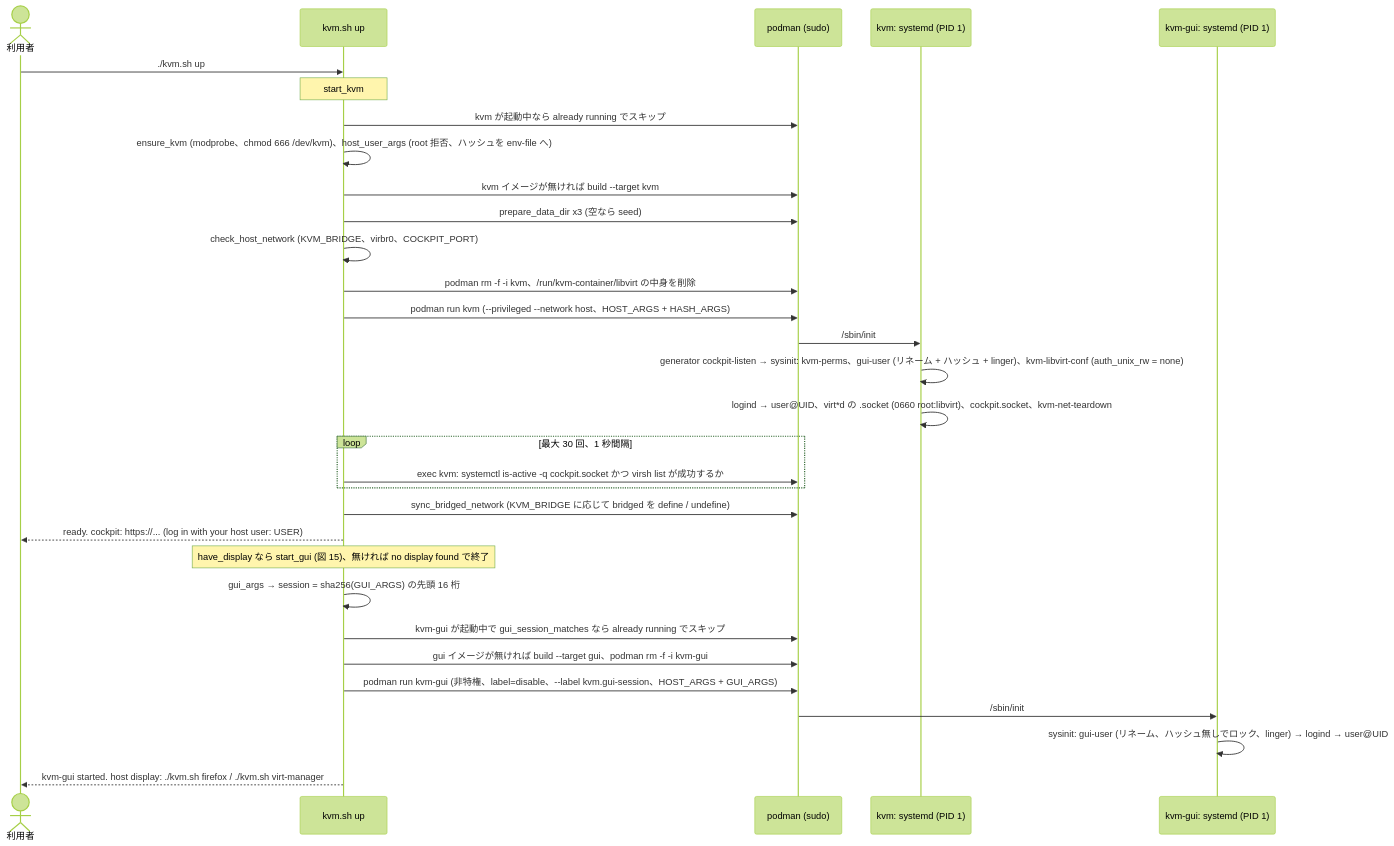
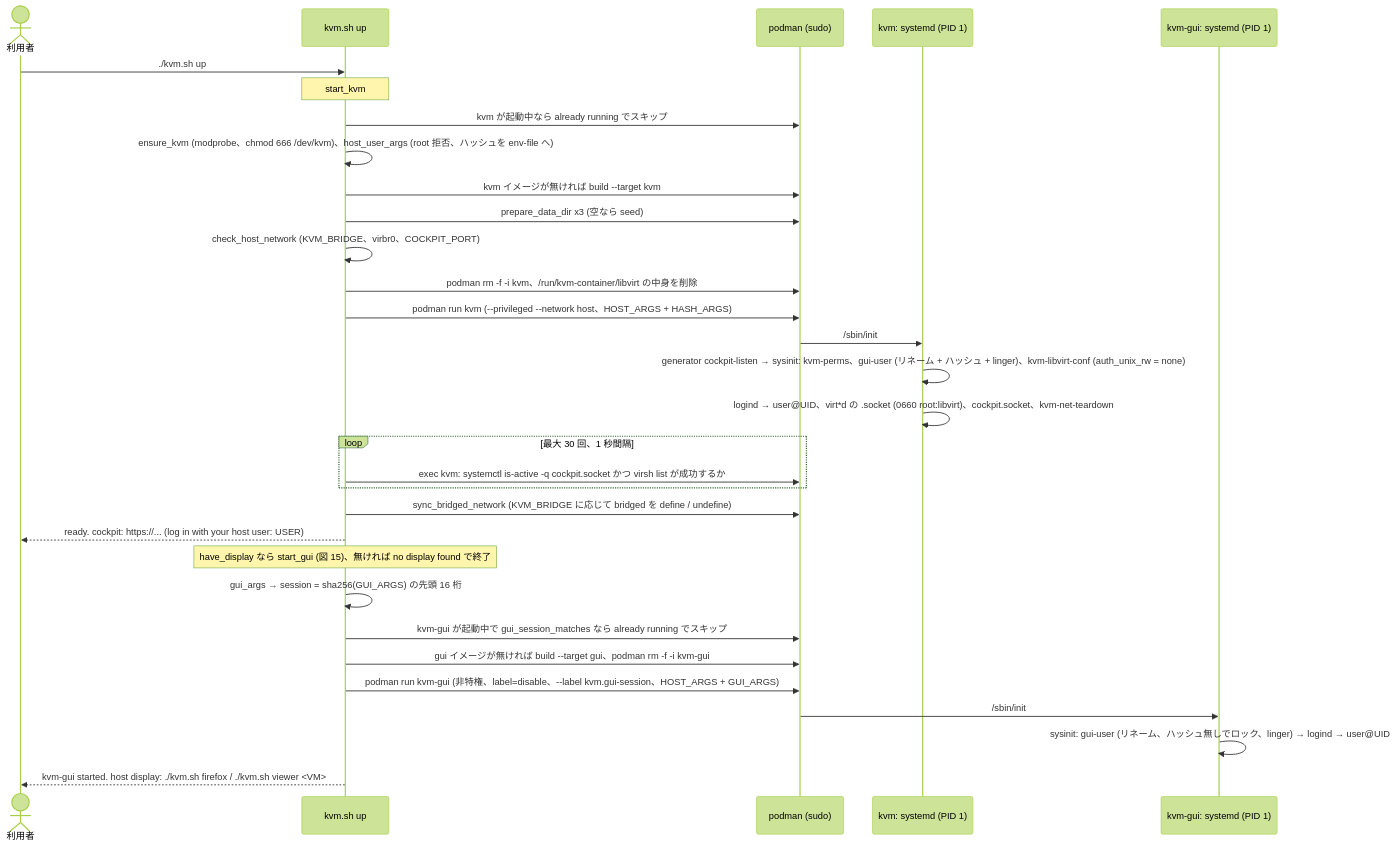
Diagram 14 of 22 in docs/SPEC.md (ryo-aoki-pc/kvm-container), drawn with Mermaid (forest theme) before and after one commit. The commit also changed other lines of this file and 6 other files, not shown here.

First line of the commit message:
virt-manager を削除する (#24)

````diff
--- a/docs/SPEC.md
+++ b/docs/SPEC.md
@@ -740,33 +735,33 @@
 ```mermaid
 sequenceDiagram
   actor U as 利用者
   participant K as kvm.sh up
   participant P as podman (sudo)
   participant S as kvm: systemd (PID 1)
   participant G as kvm-gui: systemd (PID 1)
   U->>K: ./kvm.sh up
   Note over K: start_kvm
   K->>P: kvm が起動中なら already running でスキップ
   K->>K: ensure_kvm (modprobe、chmod 666 /dev/kvm)、host_user_args (root 拒否、ハッシュを env-file へ)
   K->>P: kvm イメージが無ければ build --target kvm
   K->>P: prepare_data_dir x3 (空なら seed)
   K->>K: check_host_network (KVM_BRIDGE、virbr0、COCKPIT_PORT)
   K->>P: podman rm -f -i kvm、/run/kvm-container/libvirt の中身を削除
   K->>P: podman run kvm (--privileged --network host、HOST_ARGS + HASH_ARGS)
   P->>S: /sbin/init
   S->>S: generator cockpit-listen → sysinit: kvm-perms、gui-user (リネーム + ハッシュ + linger)、kvm-libvirt-conf (auth_unix_rw = none)
   S->>S: logind → user@UID、virt*d の .socket (0660 root:libvirt)、cockpit.socket、kvm-net-teardown
   loop 最大 30 回、1 秒間隔
     K->>P: exec kvm: systemctl is-active -q cockpit.socket かつ virsh list が成功するか
   end
   K->>P: sync_bridged_network (KVM_BRIDGE に応じて bridged を define / undefine)
   K-->>U: ready. cockpit: https://... (log in with your host user: USER)
   Note over K: have_display なら start_gui (図 15)、無ければ no display found で終了
   K->>K: gui_args → session = sha256(GUI_ARGS) の先頭 16 桁
   K->>P: kvm-gui が起動中で gui_session_matches なら already running でスキップ
   K->>P: gui イメージが無ければ build --target gui、podman rm -f -i kvm-gui
   K->>P: podman run kvm-gui (非特権、label=disable、--label kvm.gui-session、HOST_ARGS + GUI_ARGS)
   P->>G: /sbin/init
   G->>G: sysinit: gui-user (リネーム、ハッシュ無しでロック、linger) → logind → user@UID
-  K-->>U: kvm-gui started. host display: ./kvm.sh firefox / ./kvm.sh virt-manager
+  K-->>U: kvm-gui started. host display: ./kvm.sh firefox / ./kvm.sh viewer <VM>
 ```
````
